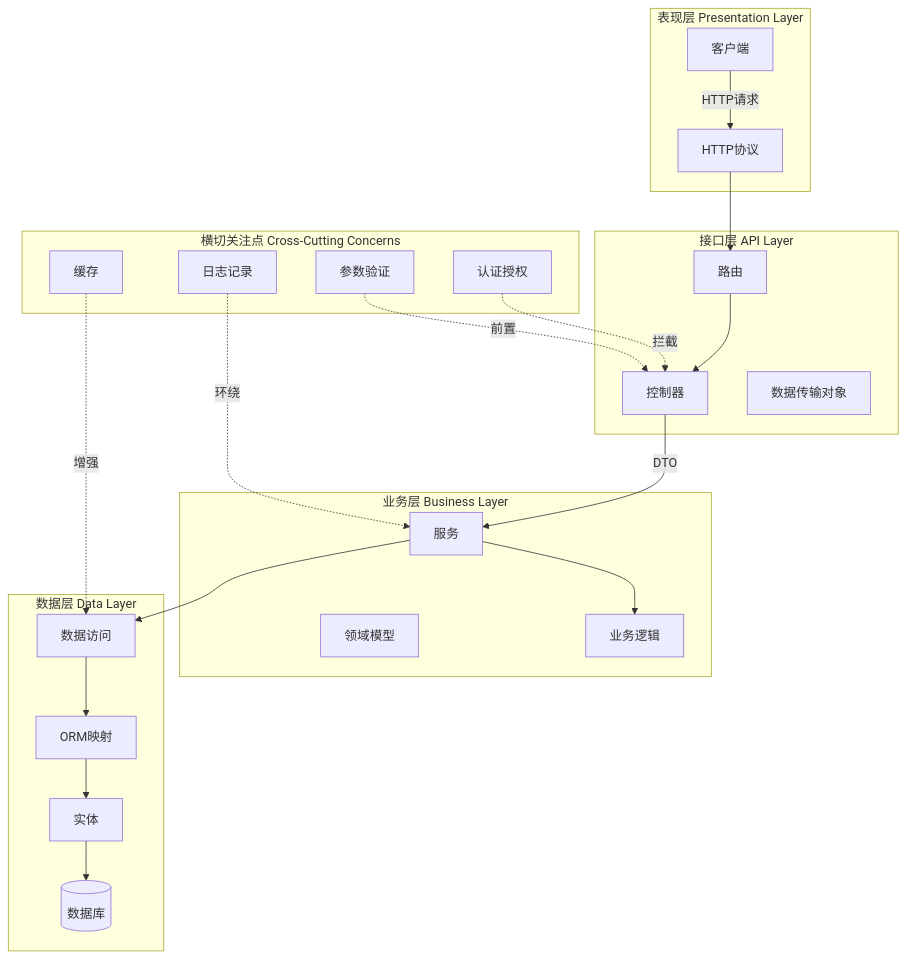
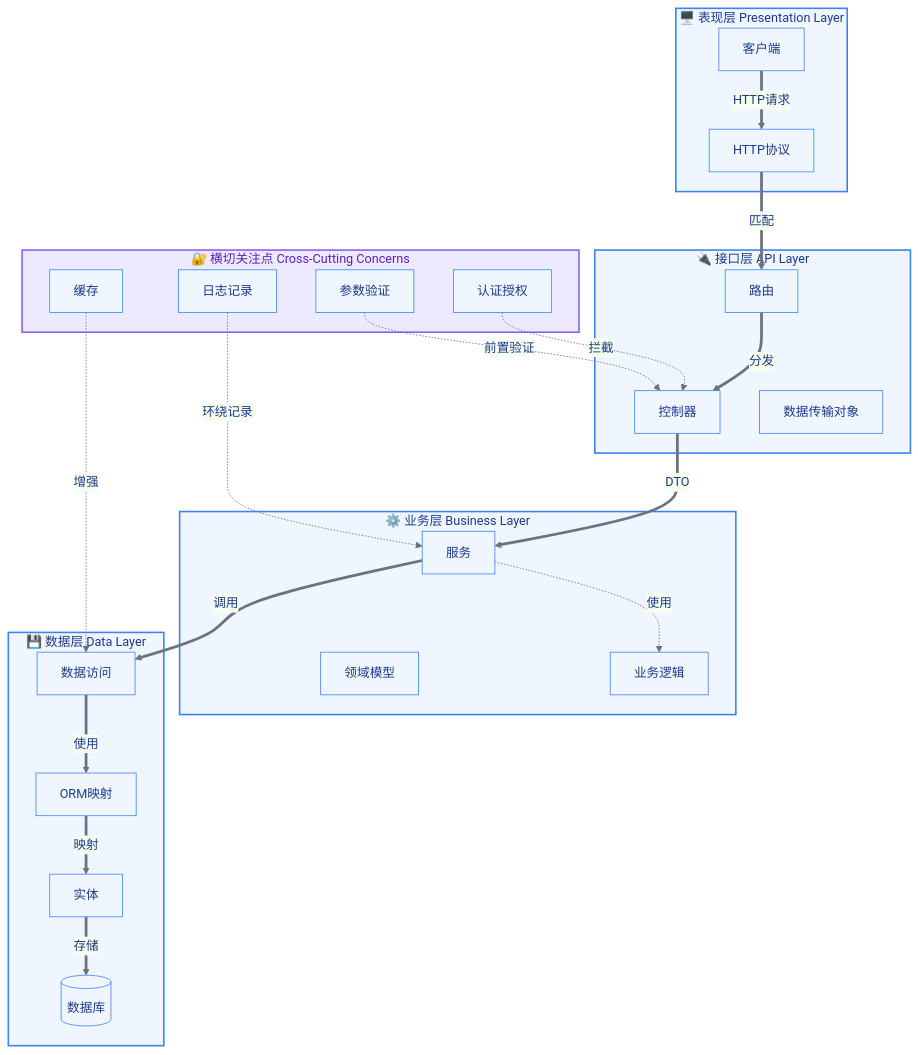
One commit to hata33/ruoyi-fastapi-full-stack changed the third of 4 diagrams in ruoyi-fastapi-backend/docs/learning/06-后端知识地图/02-核心概念关联图.md. Above: the diagram before and after it, drawn with Mermaid. The commit also changed other lines of this file and 9 other files, not shown here.

````diff
--- a/ruoyi-fastapi-backend/docs/learning/06-后端知识地图/02-核心概念关联图.md
+++ b/ruoyi-fastapi-backend/docs/learning/06-后端知识地图/02-核心概念关联图.md
@@ -92,43 +225,56 @@
 ```mermaid
+%%{init: {'theme': 'base', 'themeVariables': {
+  'primaryColor': '#EFF6FF',
+  'primaryTextColor': '#1e3a8a',
+  'primaryBorderColor': '#3B82F6',
+  'lineColor': '#6B7280'
+}}}%%
 graph TB
-    subgraph 表现层[表现层 Presentation Layer]
+    subgraph 表现层["🖥️ 表现层 Presentation Layer"]
         Client[客户端]
         HTTP[HTTP协议]
     end
-    subgraph 接口层[接口层 API Layer]
+    subgraph 接口层["🔌 接口层 API Layer"]
         Route[路由]
         Controller[控制器]
         DTO[数据传输对象]
     end
-    subgraph 业务层[业务层 Business Layer]
+    subgraph 业务层["⚙️ 业务层 Business Layer"]
         Service[服务]
         Domain[领域模型]
         Business[业务逻辑]
     end
-    subgraph 数据层[数据层 Data Layer]
+    subgraph 数据层["💾 数据层 Data Layer"]
         DAO[数据访问]
         ORM[ORM映射]
         Entity[实体]
         Database[(数据库)]
     end
-    subgraph 横切关注点[横切关注点 Cross-Cutting Concerns]
+    subgraph 横切关注点["🔐 横切关注点 Cross-Cutting Concerns"]
         Auth[认证授权]
         Log[日志记录]
         Cache[缓存]
         Validate[参数验证]
     end
 
-    Client -->|HTTP请求| HTTP
-    HTTP --> Route
-    Route --> Controller
-    Controller -->|DTO| Service
-    Service --> Business
-    Service --> DAO
-    DAO --> ORM
-    ORM --> Entity
-    Entity --> Database
+    Client ==>|HTTP请求| HTTP
+    HTTP ==>|匹配| Route
+    Route ==>|分发| Controller
+    Controller ==>|DTO| Service
+    Service -.->|使用| Business
+    Service ==>|调用| DAO
+    DAO ==>|使用| ORM
+    ORM ==>|映射| Entity
+    Entity ==>|存储| Database
+
     Auth -.->|拦截| Controller
-    Validate -.->|前置| Controller
-    Log -.->|环绕| Service
+    Validate -.->|前置验证| Controller
+    Log -.->|环绕记录| Service
     Cache -.->|增强| DAO
+
+    classDef layerStyle fill:#EFF6FF,stroke:#3B82F6,stroke-width:2px,color:#1e3a8a
+    classDef crosscutStyle fill:#EDE9FE,stroke:#8B5CF6,stroke-width:2px,color:#5b21b6
+
+    class 表现层,接口层,业务层,数据层 layerStyle
+    class 横切关注点 crosscutStyle
 ```
````
